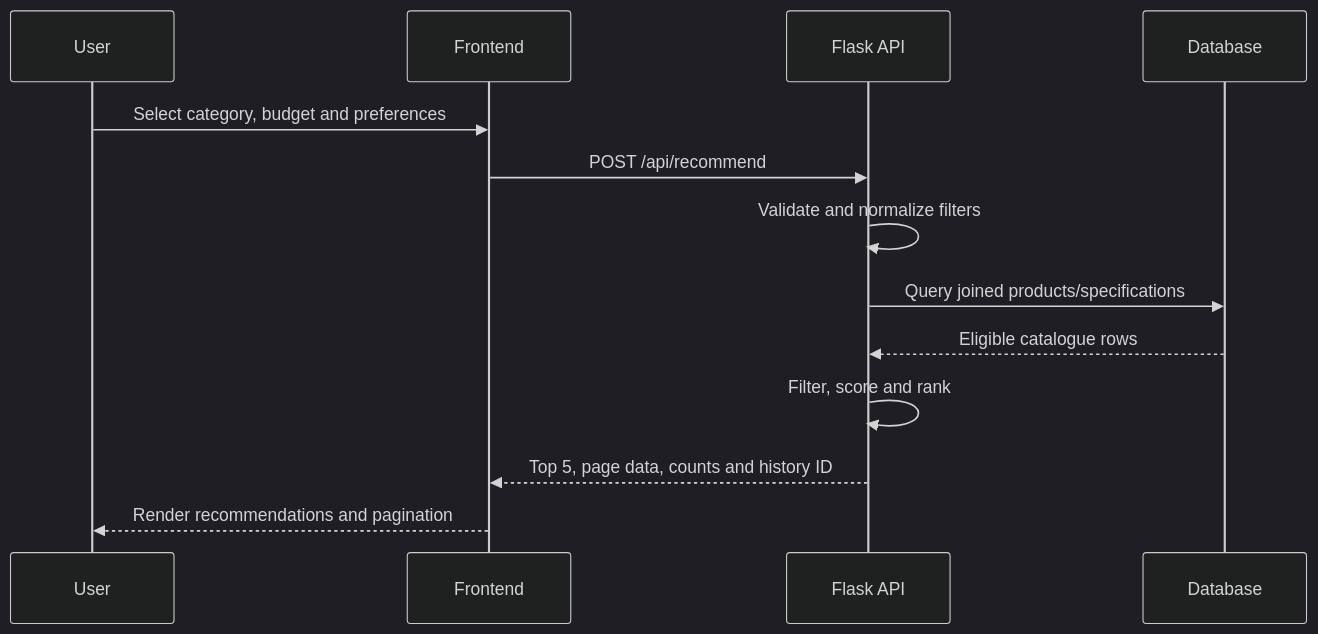
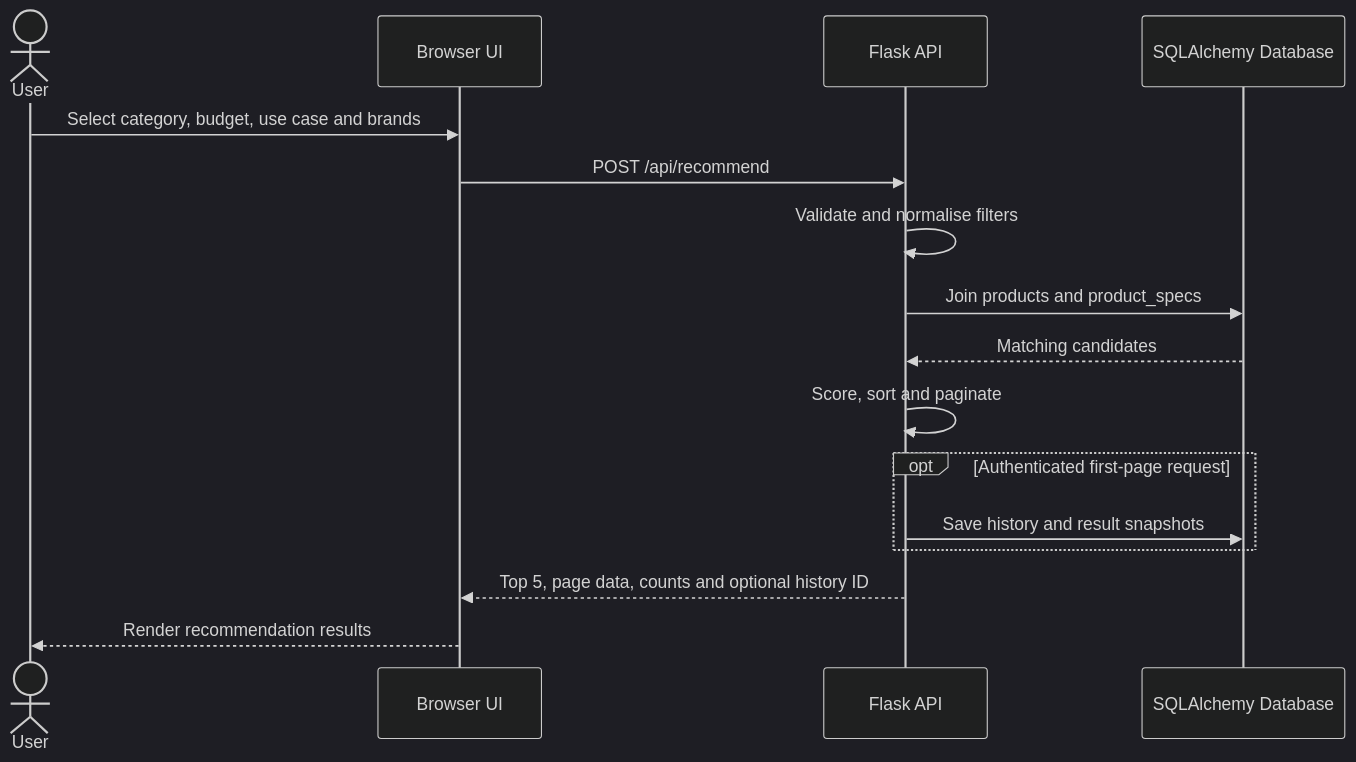
One commit to Chu-Junjie/CP3407-PROJECT changed the second of 4 diagrams in docs/v3-design-and-architecture.md. Above: the diagram before and after it, drawn with Mermaid (dark theme). The commit also changed other lines of this file, not shown here.

Commit message:
docs: assign architecture sections to named reviewers

````diff
--- a/docs/v3-design-and-architecture.md
+++ b/docs/v3-design-and-architecture.md
@@ -98,16 +77,19 @@
 ```mermaid
 sequenceDiagram
-    participant User
-    participant UI as Frontend
+    actor User
+    participant UI as Browser UI
     participant API as Flask API
-    participant DB as Database
+    participant DB as SQLAlchemy Database
 
-    User->>UI: Select category, budget and preferences
+    User->>UI: Select category, budget, use case and brands
     UI->>API: POST /api/recommend
-    API->>API: Validate and normalize filters
-    API->>DB: Query joined products/specifications
-    DB-->>API: Eligible catalogue rows
-    API->>API: Filter, score and rank
-    API-->>UI: Top 5, page data, counts and history ID
-    UI-->>User: Render recommendations and pagination
+    API->>API: Validate and normalise filters
+    API->>DB: Join products and product_specs
+    DB-->>API: Matching candidates
+    API->>API: Score, sort and paginate
+    opt Authenticated first-page request
+        API->>DB: Save history and result snapshots
+    end
+    API-->>UI: Top 5, page data, counts and optional history ID
+    UI-->>User: Render recommendation results
 ```
````
